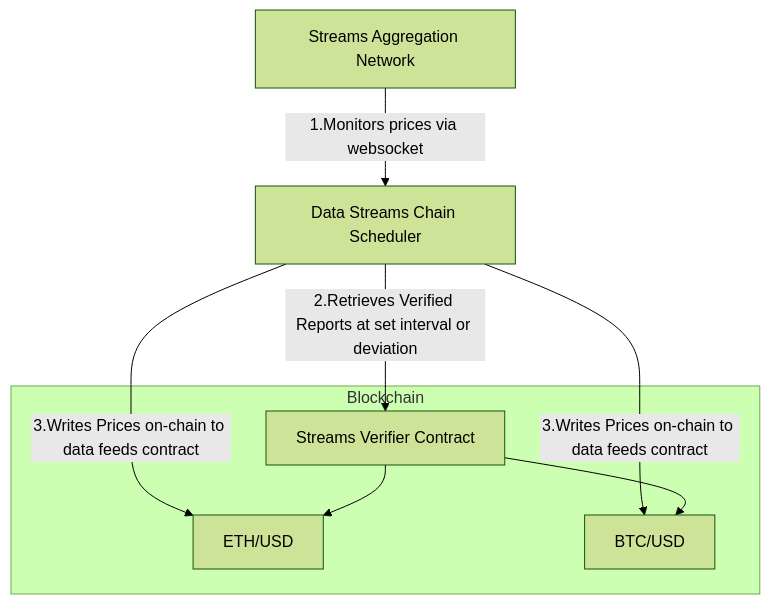
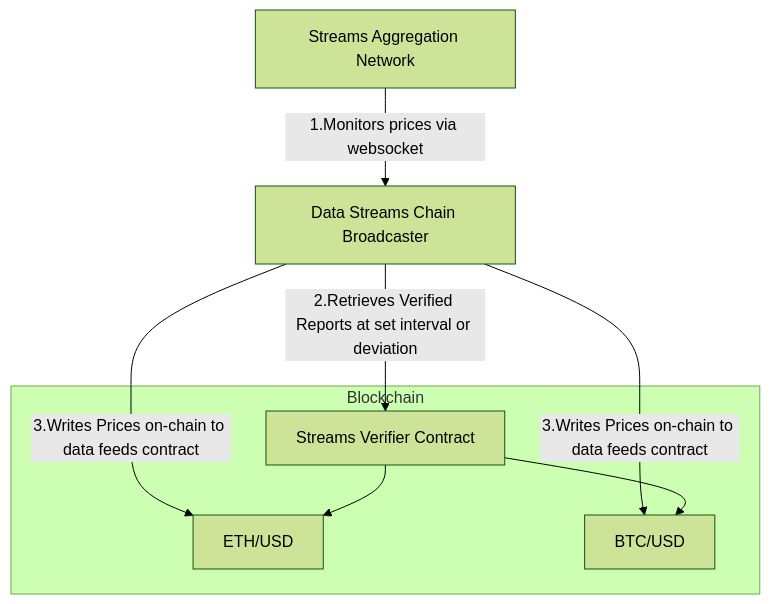
Before and after one commit to woogieboogie-jl/chainlink-datastreams-transmitter: the diagram in README.md, drawn with Mermaid (forest theme). The commit also changed other lines of this file, not shown here.

````diff
--- a/README.md
+++ b/README.md
@@ -39,12 +39,12 @@
 ```mermaid
 graph TD
-    A[Streams Aggregation Network] -->|1.Monitors prices via websocket| B[Data Streams Chain Scheduler]
+    A[Streams Aggregation Network] -->|1.Monitors prices via websocket| B[Data Streams Chain Broadcaster]
     B -->|2.Retrieves Verified Reports at set interval or deviation| C[Streams Verifier Contract]
     B -->|3.Writes Prices on-chain to data feeds contract| D[ETH/USD]
     B -->|3.Writes Prices on-chain to data feeds contract| E[BTC/USD]
     
     subgraph Blockchain
         C --> D
         C --> E
     end
 ```
````
